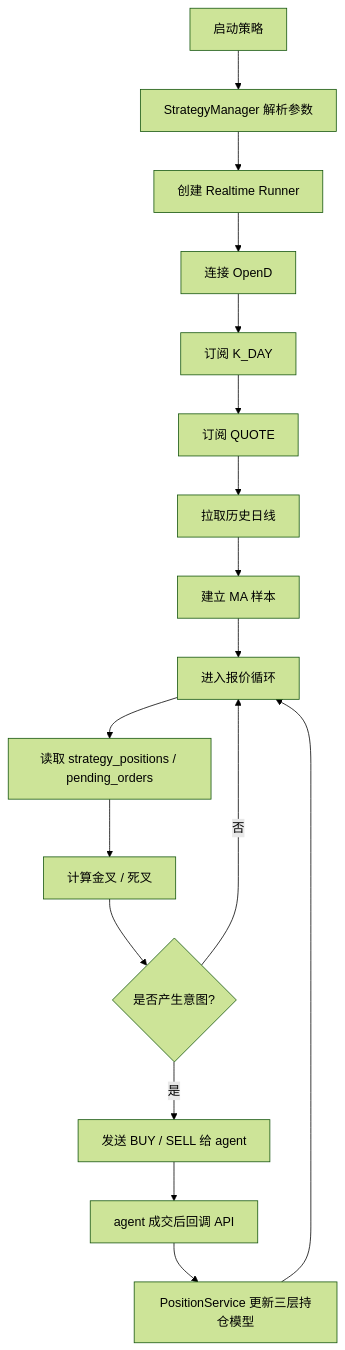
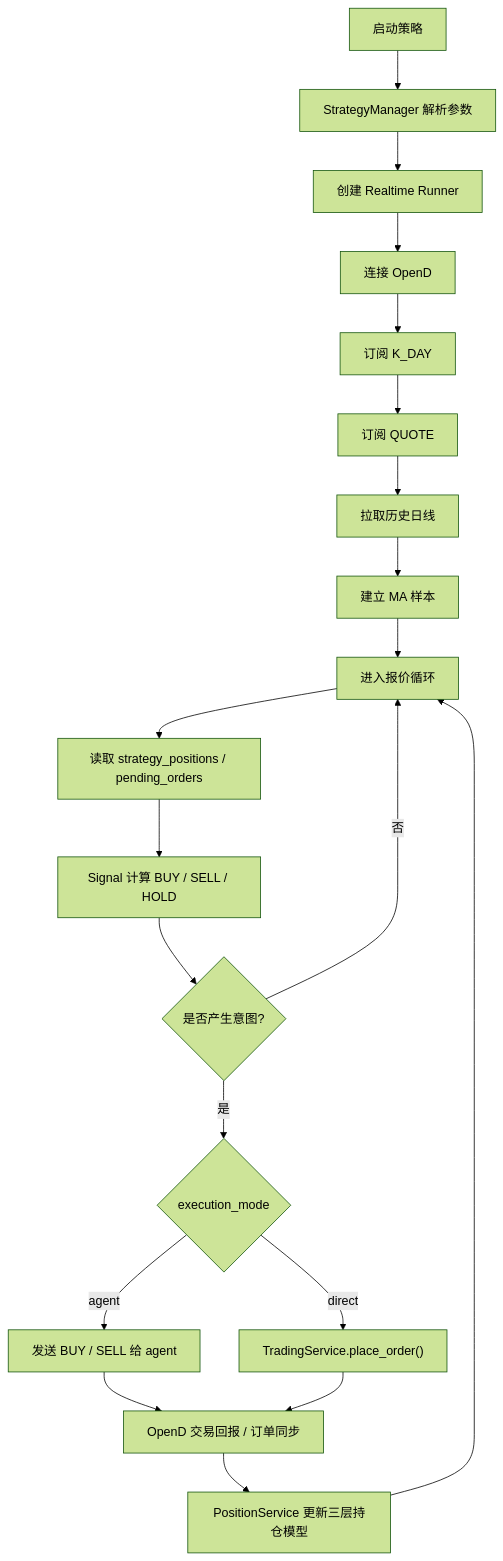
The fourth of 4 diagrams in docs/STRATEGY_ARCHITECTURE.md (JasperLai/quant-trading-system), drawn with Mermaid (forest theme) before and after one commit. The commit also changed other lines of this file and 7 other files, not shown here.

Commit message:
Add direct execution mode for strategy runs

````diff
--- a/docs/STRATEGY_ARCHITECTURE.md
+++ b/docs/STRATEGY_ARCHITECTURE.md
@@ -338,19 +371,22 @@
 ```mermaid
 flowchart TD
     A["启动策略"] --> B["StrategyManager 解析参数"]
     B --> C["创建 Realtime Runner"]
     C --> D["连接 OpenD"]
     D --> E["订阅 K_DAY"]
     E --> F["订阅 QUOTE"]
     F --> G["拉取历史日线"]
     G --> H["建立 MA 样本"]
     H --> I["进入报价循环"]
     I --> J["读取 strategy_positions / pending_orders"]
-    J --> K["计算金叉 / 死叉"]
+    J --> K["Signal 计算 BUY / SELL / HOLD"]
     K --> L{"是否产生意图?"}
     L -- 否 --> I
-    L -- 是 --> M["发送 BUY / SELL 给 agent"]
-    M --> N["agent 成交后回调 API"]
-    N --> O["PositionService 更新三层持仓模型"]
-    O --> I
+    L -- 是 --> M{"execution_mode"}
+    M -- "agent" --> N["发送 BUY / SELL 给 agent"]
+    M -- "direct" --> O["TradingService.place_order()"]
+    N --> P["OpenD 交易回报 / 订单同步"]
+    O --> P
+    P --> Q["PositionService 更新三层持仓模型"]
+    Q --> I
 ```
````
